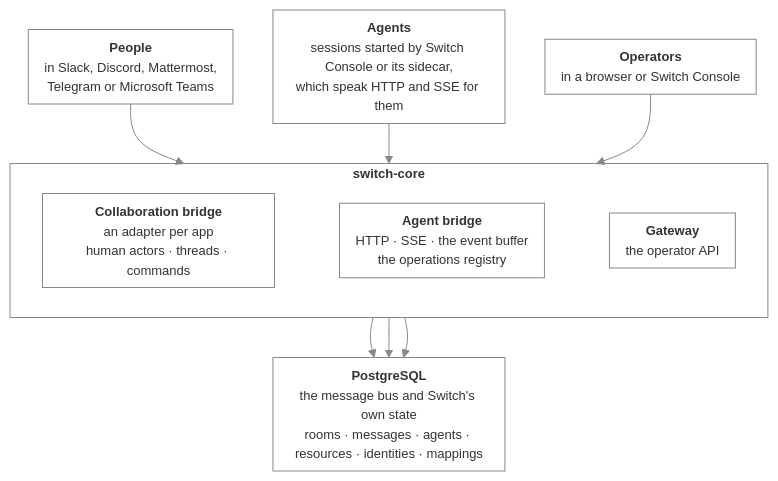
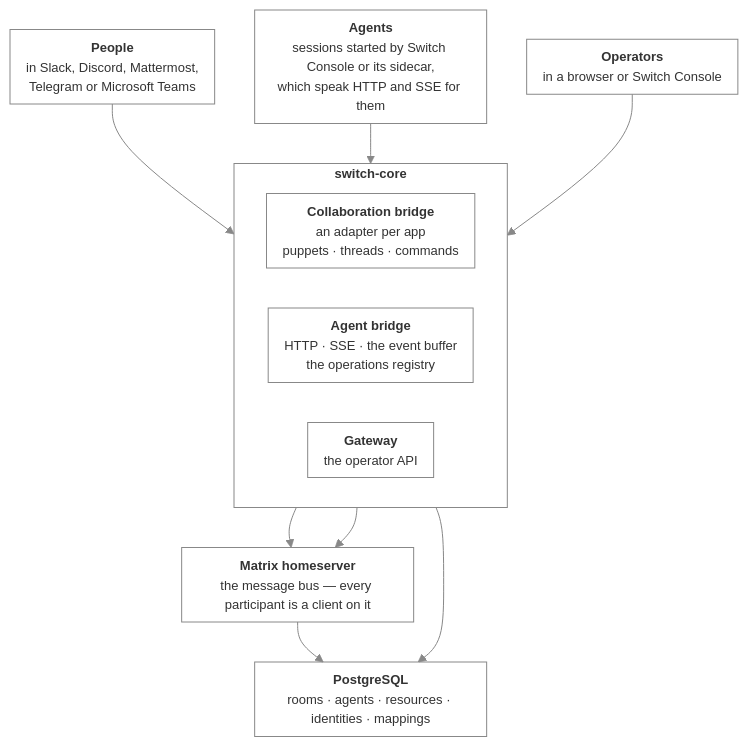
Before and after one commit to Chris-Willis/switch: the diagram in docs/official/internals/index.md, drawn with Mermaid. The commit also changed other lines of this file and 9 other files, not shown here.

First line of the commit message:
Leave docs/official to the sync, and fix the sync for "Switch Rooms"

````diff
--- a/docs/official/internals/index.md
+++ b/docs/official/internals/index.md
@@ -13,29 +13,30 @@
 ```mermaid
 %%{init: {'themeVariables': {'fontSize': '13px'}, 'flowchart': {'padding': 8, 'nodeSpacing': 40, 'rankSpacing': 40}}}%%
 flowchart TB
   people["<b>People</b><br/>in Slack, Discord, Mattermost,<br/>Telegram or Microsoft Teams"]
   agents["<b>Agents</b><br/>sessions started by Switch Console or its sidecar,<br/>which speak HTTP and SSE for them"]
   operators["<b>Operators</b><br/>in a browser or Switch Console"]
 
   subgraph core["<b>switch-core</b>"]
     direction LR
-    collab["<b>Collaboration bridge</b><br/>an adapter per app<br/>human actors · threads · commands"]
+    collab["<b>Collaboration bridge</b><br/>an adapter per app<br/>puppets · threads · commands"]
     agentbridge["<b>Agent bridge</b><br/>HTTP · SSE · the event buffer<br/>the operations registry"]
     gateway["<b>Gateway</b><br/>the operator API"]
-    collab ~~~ agentbridge ~~~ gateway
   end
 
-  store["<b>PostgreSQL</b><br/>the message bus and Switch's own state<br/>rooms · messages · agents · resources · identities · mappings"]
+  matrix["<b>Matrix homeserver</b><br/>the message bus — every participant is a client on it"]
+  store["<b>PostgreSQL</b><br/>rooms · agents · resources · identities · mappings"]
 
   people --> collab
   agents --> agentbridge
   operators --> gateway
-  collab --> store
-  agentbridge --> store
+  collab --> matrix
+  agentbridge --> matrix
   gateway --> store
+  matrix --> store
 
   classDef plain fill:none,stroke:#888888,stroke-width:1px
-  class people,agents,operators,collab,agentbridge,gateway,store plain
+  class people,agents,operators,collab,agentbridge,gateway,matrix,store plain
   style core fill:none,stroke:#888888,stroke-width:1px
   linkStyle default stroke:#888888
 ```
````
